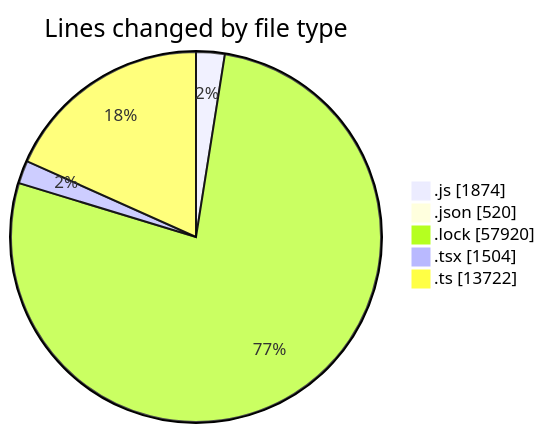
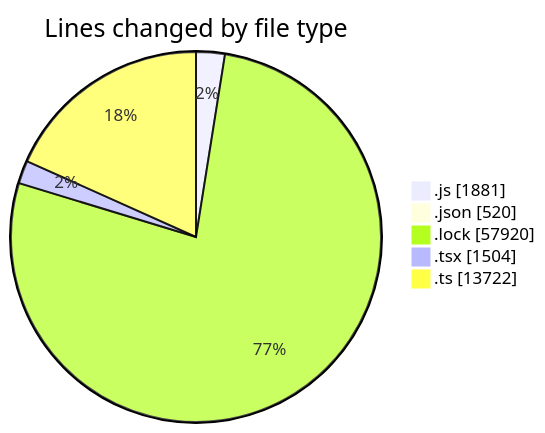
The first of 2 diagrams in 2025-12-18/cda/README.md (momahboobian/code-tracking), drawn with Mermaid before and after one commit. The commit also changed other lines of this file and 1 other file, not shown here.

````diff
--- a/2025-12-18/cda/README.md
+++ b/2025-12-18/cda/README.md
@@ -60,9 +60,9 @@
 ```mermaid
 pie showData
 title Lines changed by file type
-".js" : 1874
+".js" : 1881
 ".json" : 520
 ".lock" : 57920
 ".tsx" : 1504
 ".ts" : 13722
 ```
````
